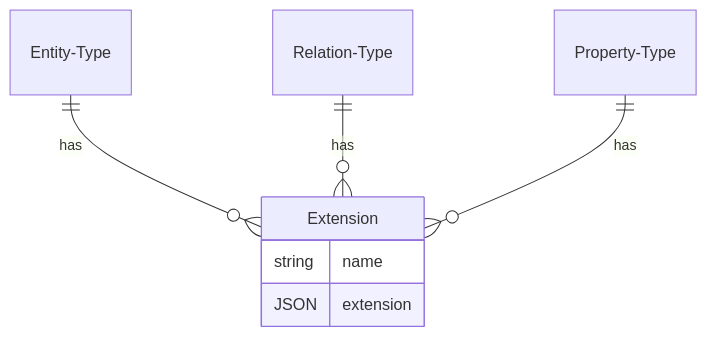
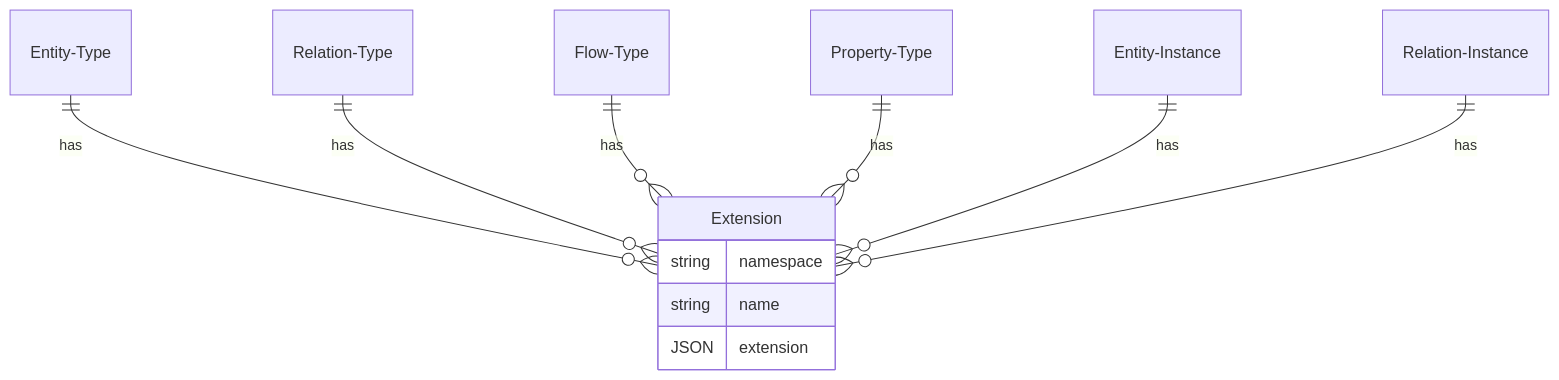
Before and after one commit to reactive-graph/reactive-graph: the diagram in docs/inexor-rgf/src/Model_Extension.md, drawn with Mermaid. The commit also changed other lines of this file and 8 other files, not shown here.

````diff
--- a/docs/inexor-rgf/src/Model_Extension.md
+++ b/docs/inexor-rgf/src/Model_Extension.md
@@ -28,10 +29,14 @@
 ```mermaid
 erDiagram
     Extension {
+        string namespace
         string name
         JSON extension
     }
     Entity-Type ||--}o Extension : has
     Relation-Type ||--}o Extension : has
+    Flow-Type ||--}o Extension : has
     Property-Type ||--}o Extension : has
+    Entity-Instance ||--}o Extension : has
+    Relation-Instance ||--}o Extension : has
 ```
````
